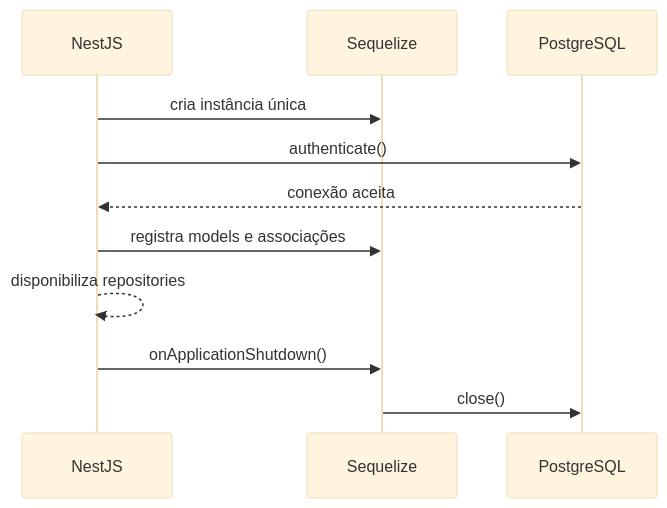
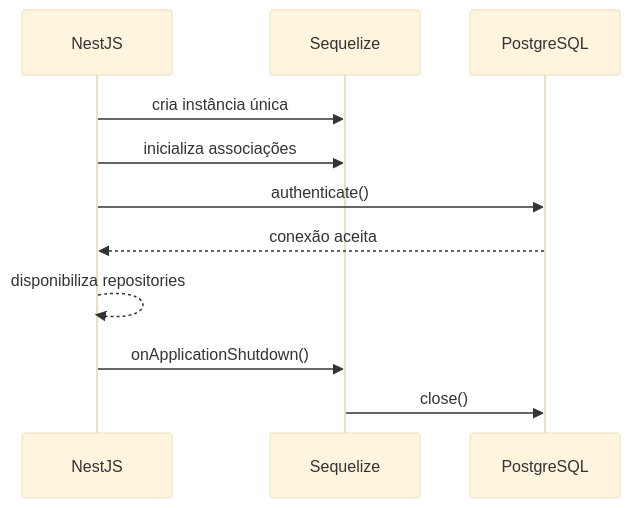
The first of 2 diagrams in docs/flows/modules/database.md (thaissacarvalho/Catalisa), drawn with Mermaid (base theme) before and after one commit. The commit also changed 18 other files, not shown here.

```diff
--- a/docs/flows/modules/database.md
+++ b/docs/flows/modules/database.md
@@ -5,13 +5,13 @@
 ~~~mermaid
 sequenceDiagram
   participant N as NestJS
   participant S as Sequelize
   participant DB as PostgreSQL
   N->>S: cria instância única
+  N->>S: inicializa associações
   N->>DB: authenticate()
   DB-->>N: conexão aceita
-  N->>S: registra models e associações
   N-->>N: disponibiliza repositories
   N->>S: onApplicationShutdown()
   S->>DB: close()
 ~~~
```
